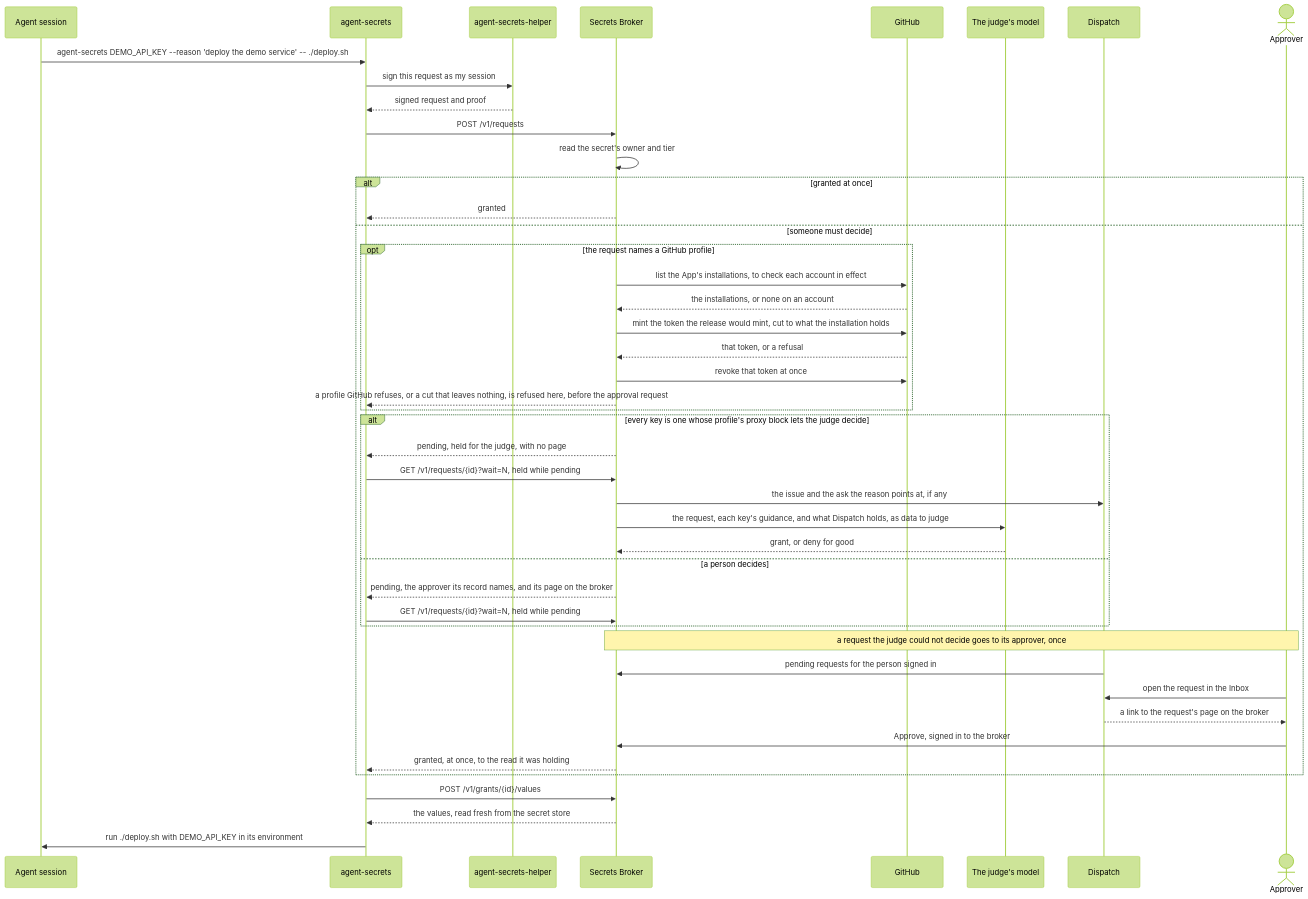
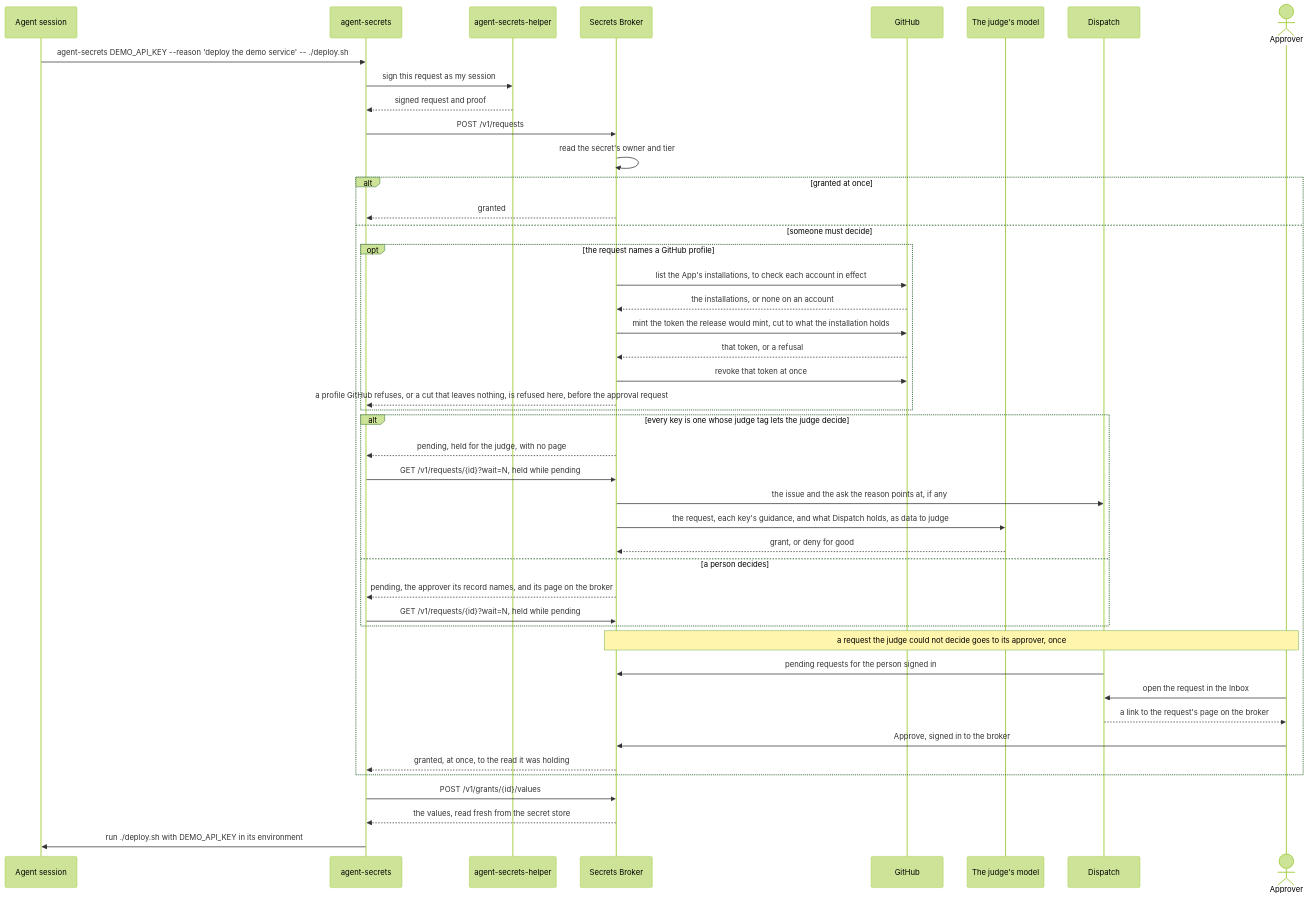
The diagram in docs/site/src/content/docs/broker/index.md (Liam-DeVoe/legion), drawn with Mermaid (forest theme) before and after one commit. The commit also changed other lines of this file and 8 other files, not shown here.

First line of the commit message:
docs(broker): a key's judge and guidance are its own tags

````diff
--- a/docs/site/src/content/docs/broker/index.md
+++ b/docs/site/src/content/docs/broker/index.md
@@ -47,47 +47,47 @@
 ```mermaid
 sequenceDiagram
     participant Agent as Agent session
     participant CLI as agent-secrets
     participant Helper as agent-secrets-helper
     participant Broker as Secrets Broker
     participant GitHub
     participant Model as The judge's model
     participant Dispatch
     actor Person as Approver
     Agent->>CLI: agent-secrets DEMO_API_KEY --reason 'deploy the demo service' -- ./deploy.sh
     CLI->>Helper: sign this request as my session
     Helper-->>CLI: signed request and proof
     CLI->>Broker: POST /v1/requests
     Broker->>Broker: read the secret's owner and tier
     alt granted at once
         Broker-->>CLI: granted
     else someone must decide
         opt the request names a GitHub profile
             Broker->>GitHub: list the App's installations, to check each account in effect
             GitHub-->>Broker: the installations, or none on an account
             Broker->>GitHub: mint the token the release would mint, cut to what the installation holds
             GitHub-->>Broker: that token, or a refusal
             Broker->>GitHub: revoke that token at once
             Broker-->>CLI: a profile GitHub refuses, or a cut that leaves nothing, is refused here, before the approval request
         end
-        alt every key is one whose profile's proxy block lets the judge decide
+        alt every key is one whose judge tag lets the judge decide
             Broker-->>CLI: pending, held for the judge, with no page
             CLI->>Broker: GET /v1/requests/{id}?wait=N, held while pending
             Broker->>Dispatch: the issue and the ask the reason points at, if any
             Broker->>Model: the request, each key's guidance, and what Dispatch holds, as data to judge
             Model-->>Broker: grant, or deny for good
         else a person decides
             Broker-->>CLI: pending, the approver its record names, and its page on the broker
             CLI->>Broker: GET /v1/requests/{id}?wait=N, held while pending
         end
         Note over Broker,Person: a request the judge could not decide goes to its approver, once
         Dispatch->>Broker: pending requests for the person signed in
         Person->>Dispatch: open the request in the Inbox
         Dispatch-->>Person: a link to the request's page on the broker
         Person->>Broker: Approve, signed in to the broker
         Broker-->>CLI: granted, at once, to the read it was holding
     end
     CLI->>Broker: POST /v1/grants/{id}/values
     Broker-->>CLI: the values, read fresh from the secret store
     CLI->>Agent: run ./deploy.sh with DEMO_API_KEY in its environment
 ```
````
